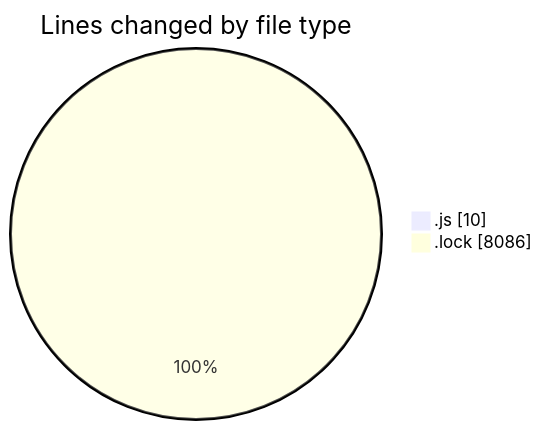
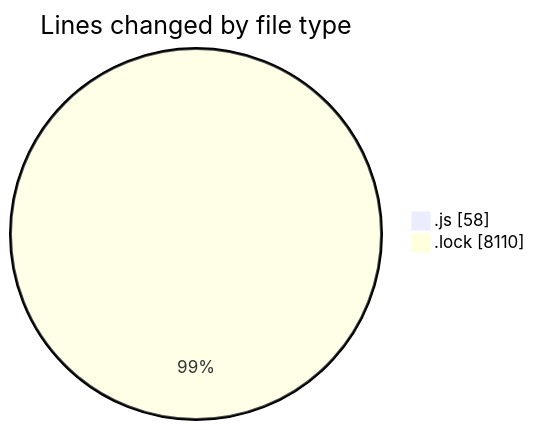
Before and after one commit to momahboobian/code-tracking: the first of 2 diagrams in 2025-02-07/cda/README.md, drawn with Mermaid. The commit also changed other lines of this file and 1 other file, not shown here.

````diff
--- a/2025-02-07/cda/README.md
+++ b/2025-02-07/cda/README.md
@@ -22,6 +23,6 @@
 ```mermaid
 pie showData
 title Lines changed by file type
-".js" : 10
-".lock" : 8086
+".js" : 58
+".lock" : 8110
 ```
````
